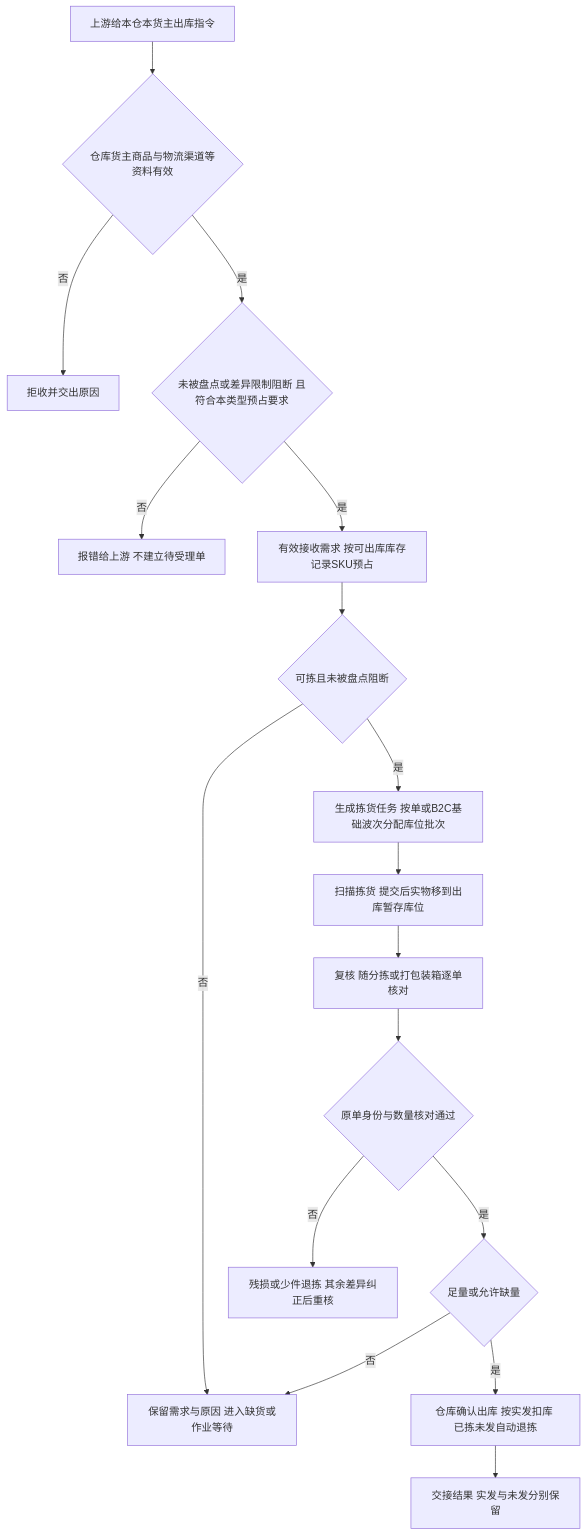
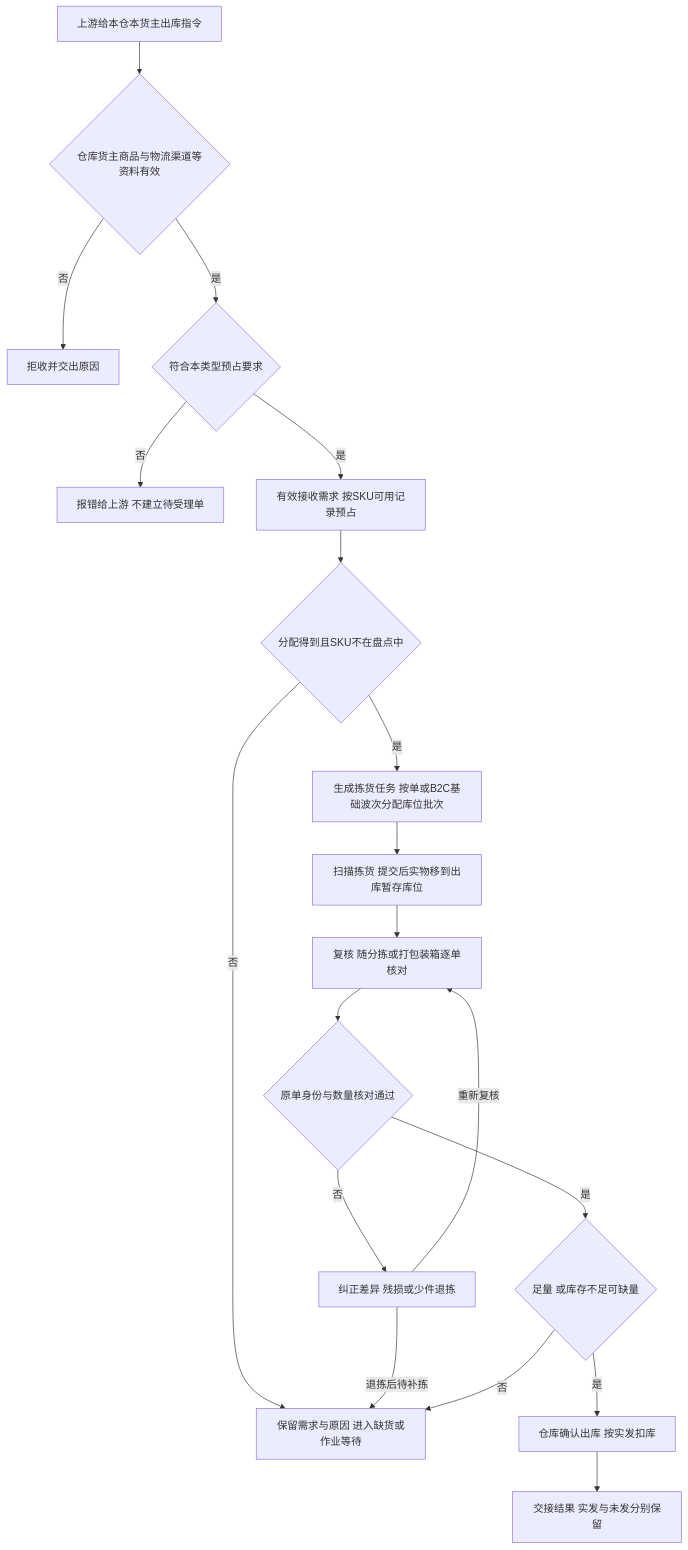
The diagram in 04-业务分析和设计/03-出库业务设计.md (TopVitamin/QS-WMS-Project), drawn with Mermaid before and after one commit. The commit also changed other lines of this file and 174 other files, not shown here.

````diff
--- a/04-业务分析和设计/03-出库业务设计.md
+++ b/04-业务分析和设计/03-出库业务设计.md
@@ -96,19 +96,21 @@
 ```mermaid
 flowchart TD
     A[上游给本仓本货主出库指令] --> B{仓库货主商品与物流渠道等资料有效}
     B -->|否| C[拒收并交出原因]
-    B -->|是| D{未被盘点或差异限制阻断 且符合本类型预占要求}
+    B -->|是| D{符合本类型预占要求}
     D -->|否| R[报错给上游 不建立待受理单]
-    D -->|是| S[有效接收需求 按可出库库存记录SKU预占]
-    S --> E{可拣且未被盘点阻断}
+    D -->|是| S[有效接收需求 按SKU可用记录预占]
+    S --> E{分配得到且SKU不在盘点中}
     E -->|否| F[保留需求与原因 进入缺货或作业等待]
     E -->|是| G[生成拣货任务 按单或B2C基础波次分配库位批次]
     G --> H[扫描拣货 提交后实物移到出库暂存库位]
     H --> K[复核 随分拣或打包装箱逐单核对]
     K --> I{原单身份与数量核对通过}
-    I -->|否| J[残损或少件退拣 其余差异纠正后重核]
-    I -->|是| L{足量或允许缺量}
+    I -->|否| J[纠正差异 残损或少件退拣]
+    J -->|重新复核| K
+    J -->|退拣后待补拣| F
+    I -->|是| L{足量 或库存不足可缺量}
     L -->|否| F
-    L -->|是| M[仓库确认出库 按实发扣库 已拣未发自动退拣]
+    L -->|是| M[仓库确认出库 按实发扣库]
     M --> N[交接结果 实发与未发分别保留]
 ```
````
